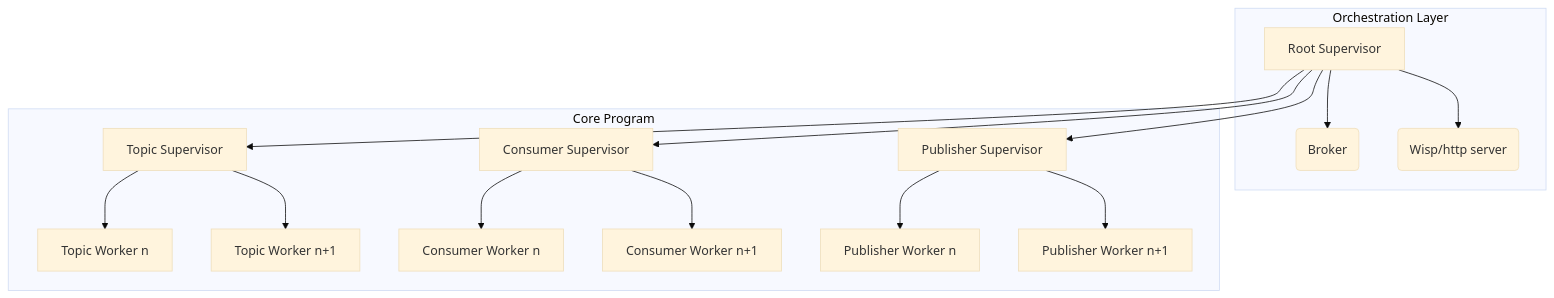
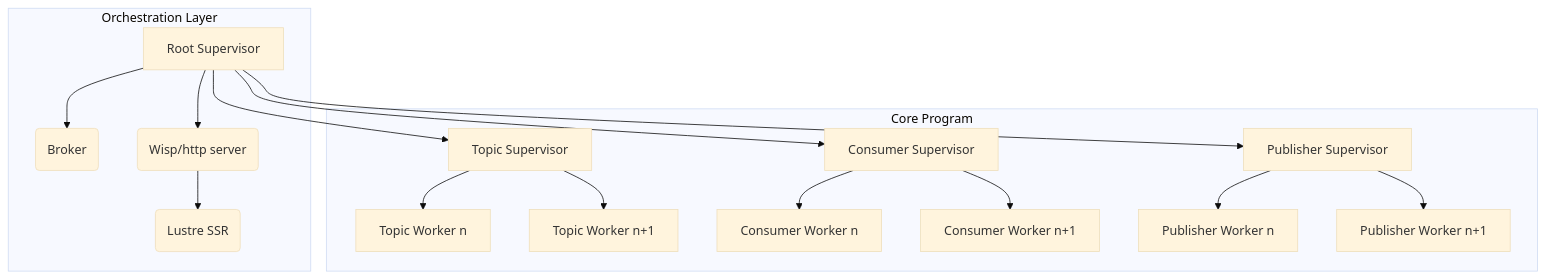
One commit to jotuel/beam_broker changed the diagram in docs/architecture.md. Above: the diagram before and after it, drawn with Mermaid (base theme).

Commit message:
chore(docs): update mermaid diagram

````diff
--- a/docs/architecture.md
+++ b/docs/architecture.md
@@ -3,24 +3,25 @@
 ```mermaid
 flowchart TD
     subgraph orchestration[Orchestration Layer]
         Root[Root Supervisor]
 
         Root --> Broker(Broker)
         Root --> Wisp(Wisp/http server)
+        Wisp --> Lustre(Lustre SSR)
     end
 
     subgraph core[Core Program]
         Root --> TopicSup[Topic Supervisor]
         Root --> ConsumerSup[Consumer Supervisor]
         Root --> PublisherSup[Publisher Supervisor]
 
         TopicSup --> T1[Topic Worker n]
         TopicSup --> T2[Topic Worker n+1]
 
         ConsumerSup --> C1[Consumer Worker n]
         ConsumerSup --> C2[Consumer Worker n+1]
 
         PublisherSup --> S1[Publisher Worker n]
         PublisherSup --> S2[Publisher Worker n+1]
     end
 ```
````
